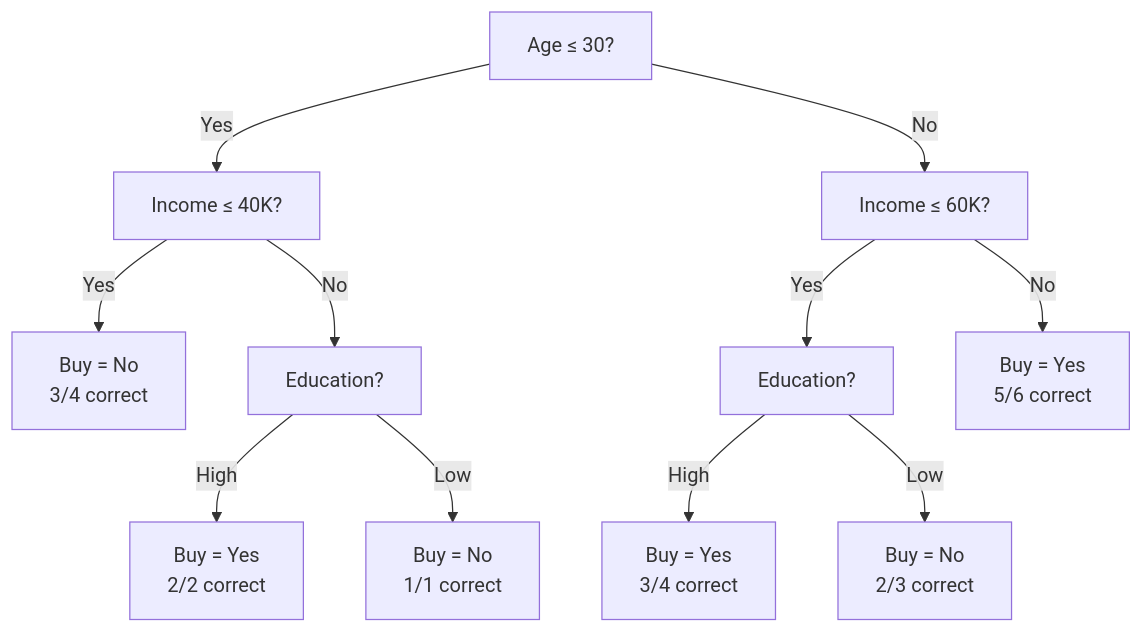
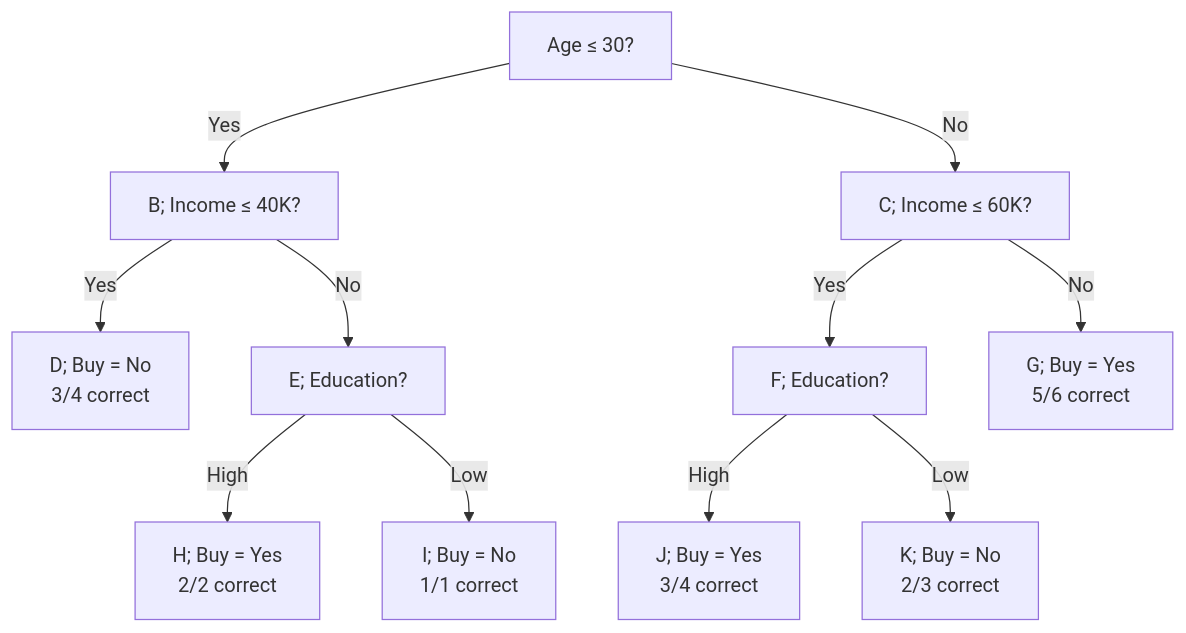
The fifth of 5 diagrams in lectures/I2AI/25ST/decision-trees/index.qmd (awe-hnu/awe-hnu.github.io), drawn with Mermaid before and after one commit. The commit also changed other lines of this file and 7 other files, not shown here.

````diff
--- a/lectures/I2AI/25ST/decision-trees/index.qmd
+++ b/lectures/I2AI/25ST/decision-trees/index.qmd
@@ -927,19 +927,19 @@
 ```{mermaid}
 %%| fig-cap: "Unpruned decision tree"
 
 graph TD
-    A[Age ≤ 30?] -->|Yes| B[Income ≤ 40K?]
-    A -->|No| C[Income ≤ 60K?]
+    A[Age ≤ 30?] -->|Yes| B[B; Income ≤ 40K?]
+    A -->|No| C[C; Income ≤ 60K?]
     
-    B -->|Yes| D[Buy = No<br>3/4 correct]
-    B -->|No| E[Education?]
+    B -->|Yes| D[D; Buy = No<br>3/4 correct]
+    B -->|No| E[E; Education?]
     
-    C -->|Yes| F[Education?]
-    C -->|No| G[Buy = Yes<br>5/6 correct]
+    C -->|Yes| F[F; Education?]
+    C -->|No| G[G; Buy = Yes<br>5/6 correct]
     
-    E -->|High| H[Buy = Yes<br>2/2 correct]
-    E -->|Low| I[Buy = No<br>1/1 correct]
+    E -->|High| H[H; Buy = Yes<br>2/2 correct]
+    E -->|Low| I[I; Buy = No<br>1/1 correct]
     
-    F -->|High| J[Buy = Yes<br>3/4 correct]
-    F -->|Low| K[Buy = No<br>2/3 correct]
+    F -->|High| J[J; Buy = Yes<br>3/4 correct]
+    F -->|Low| K[K; Buy = No<br>2/3 correct]
 ```
````
